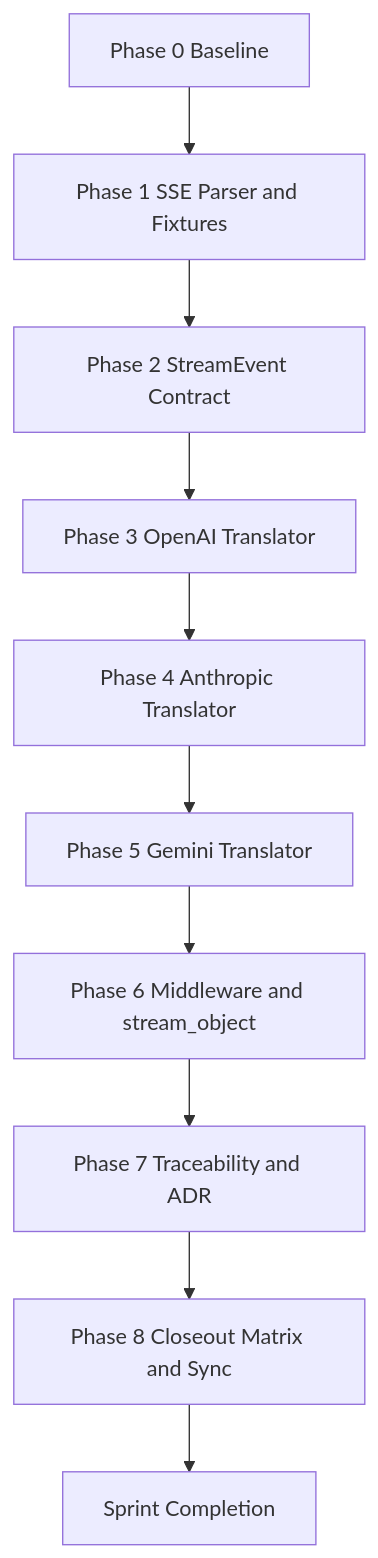
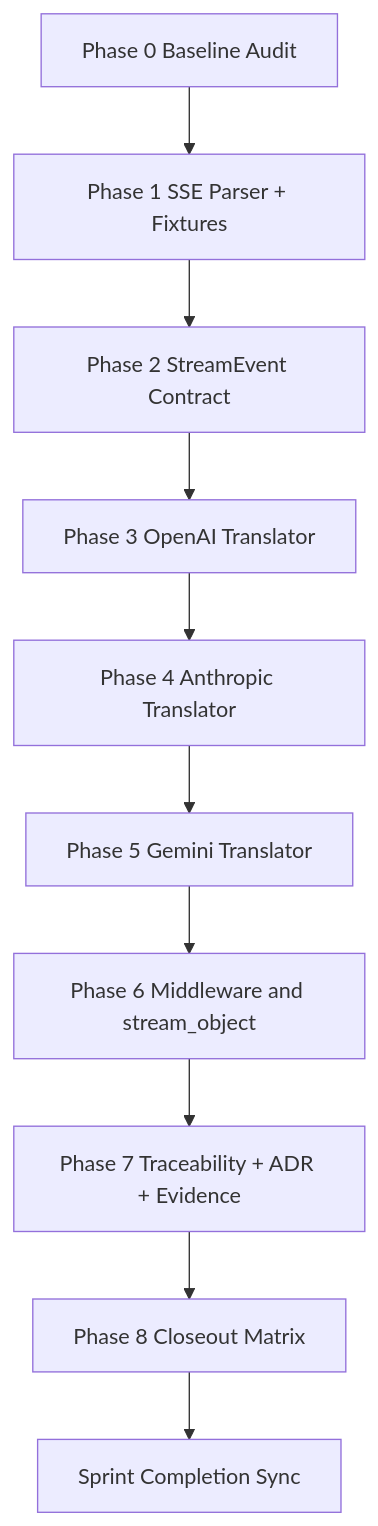
Before and after one commit to jaytaylor/attractor-tcl: the third of 5 diagrams in docs/sprints/SPRINT-005-comprehensive-implementation-plan.md, drawn with Mermaid. The commit also changed other lines of this file, not shown here.

Commit message:
docs: refresh sprint 005 comprehensive implementation baseline

````diff
--- a/docs/sprints/SPRINT-005-comprehensive-implementation-plan.md
+++ b/docs/sprints/SPRINT-005-comprehensive-implementation-plan.md
@@ -665,12 +653,12 @@
 ```mermaid
 flowchart TD
-  A[Phase 0 Baseline] --> B[Phase 1 SSE Parser and Fixtures]
+  A[Phase 0 Baseline Audit] --> B[Phase 1 SSE Parser + Fixtures]
   B --> C[Phase 2 StreamEvent Contract]
   C --> D[Phase 3 OpenAI Translator]
   D --> E[Phase 4 Anthropic Translator]
   E --> F[Phase 5 Gemini Translator]
   F --> G[Phase 6 Middleware and stream_object]
-  G --> H[Phase 7 Traceability and ADR]
-  H --> I[Phase 8 Closeout Matrix and Sync]
-  I --> J[Sprint Completion]
+  G --> H[Phase 7 Traceability + ADR + Evidence]
+  H --> I[Phase 8 Closeout Matrix]
+  I --> J[Sprint Completion Sync]
 ```
````
